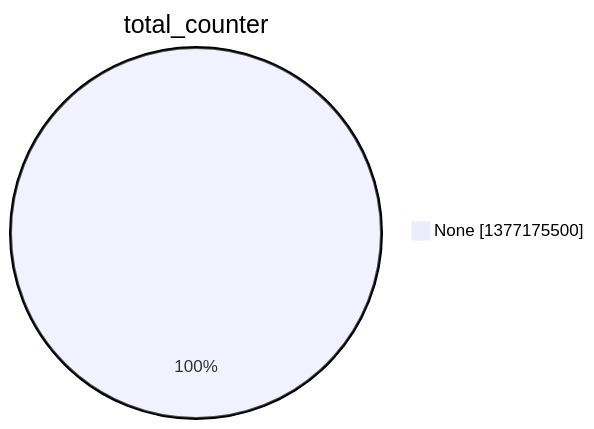
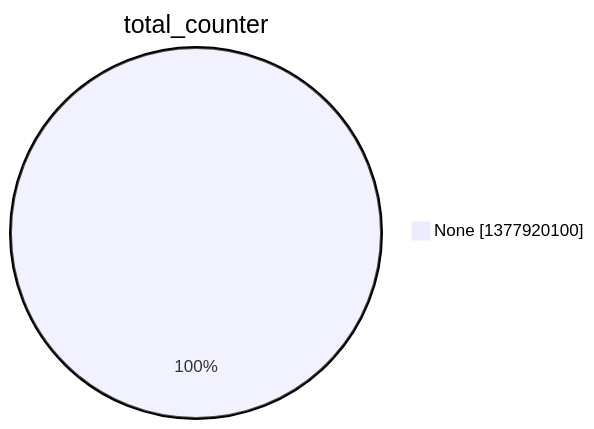
Before and after one commit to christiankrug/ctmonitor_visualization: the second of 15 diagrams in argon2022/README.md, drawn with Mermaid. The commit also changed other lines of this file, not shown here.

````diff
--- a/argon2022/README.md
+++ b/argon2022/README.md
@@ -9,5 +9,5 @@
 ```mermaid
 pie showData
 title total_counter
-"None" :1377175500
+"None" :1377920100
 ```
````
